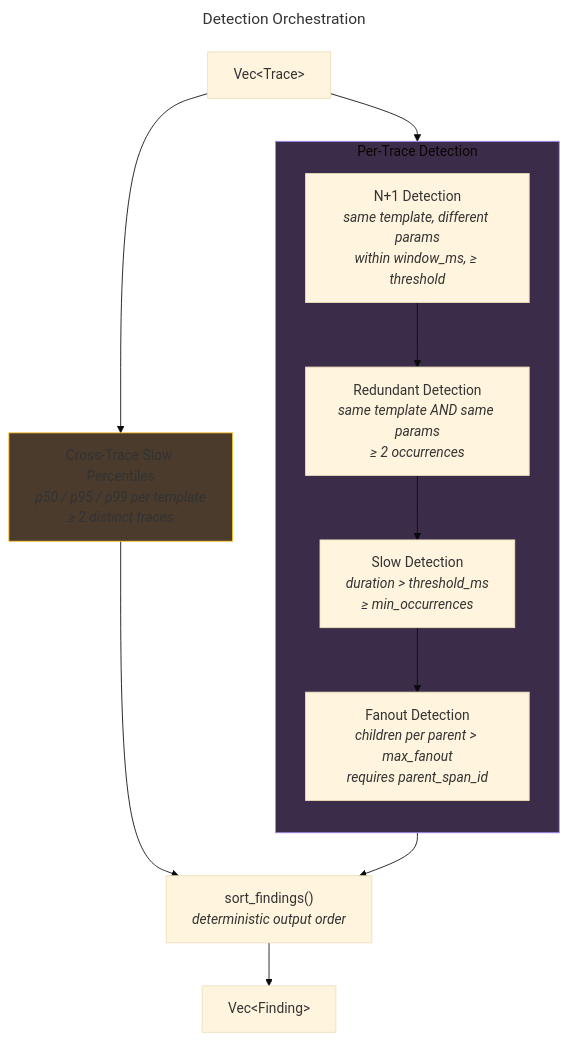
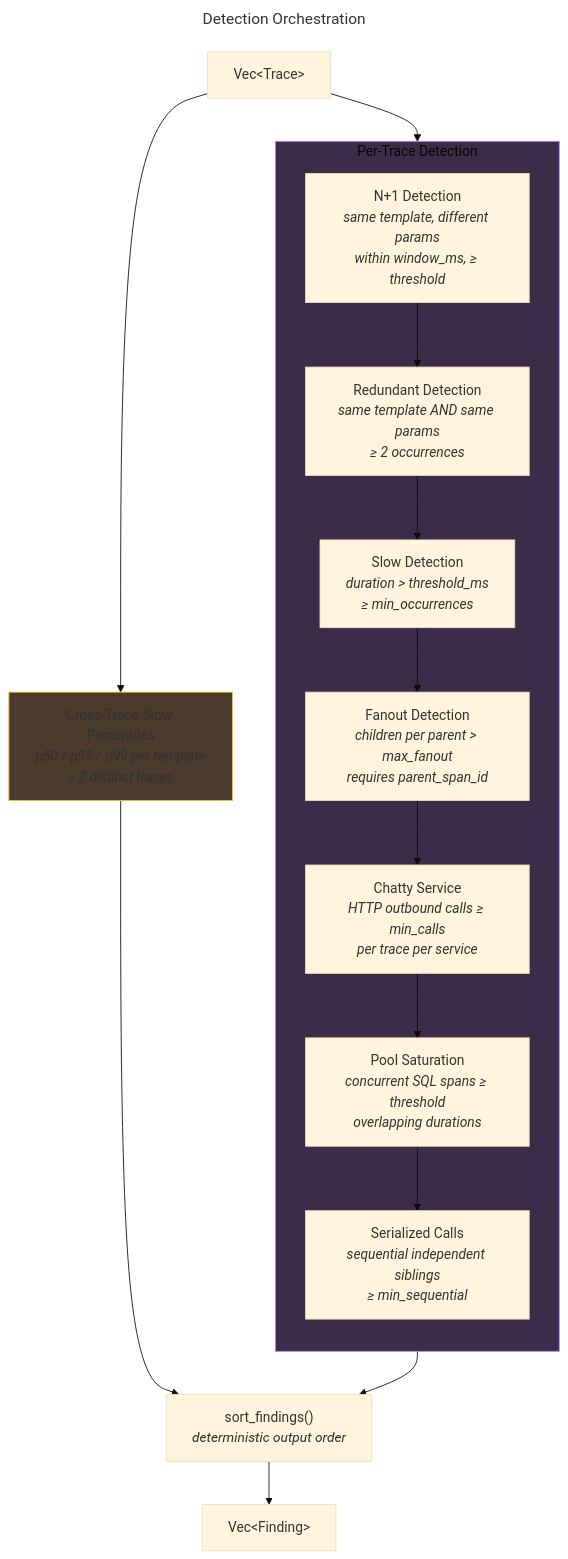
The diagram in docs/diagrams/mmd/detection.mmd (robintra/perf-sentinel), drawn with Mermaid (base theme) before and after one commit. The commit also changed 71 other files, not shown here.

```diff
--- a/docs/diagrams/mmd/detection.mmd
+++ b/docs/diagrams/mmd/detection.mmd
@@ -1,29 +1,32 @@
 ---
 title: Detection Orchestration
 ---
 flowchart TD
     traces["Vec&lt;Trace&gt;"]
 
     subgraph pertrace["Per-Trace Detection"]
         direction TB
         npo["N+1 Detection<br/><i>same template, different params<br/>within window_ms, &ge; threshold</i>"]
         red["Redundant Detection<br/><i>same template AND same params<br/>&ge; 2 occurrences</i>"]
         slow["Slow Detection<br/><i>duration &gt; threshold_ms<br/>&ge; min_occurrences</i>"]
         fan["Fanout Detection<br/><i>children per parent &gt; max_fanout<br/>requires parent_span_id</i>"]
-        npo --> red --> slow --> fan
+        chatty["Chatty Service<br/><i>HTTP outbound calls &ge; min_calls<br/>per trace per service</i>"]
+        pool["Pool Saturation<br/><i>concurrent SQL spans &ge; threshold<br/>overlapping durations</i>"]
+        serial["Serialized Calls<br/><i>sequential independent siblings<br/>&ge; min_sequential</i>"]
+        npo --> red --> slow --> fan --> chatty --> pool --> serial
     end
 
     cross["Cross-Trace Slow Percentiles<br/><i>p50 / p95 / p99 per template<br/>&ge; 2 distinct traces</i>"]
 
     sort["sort_findings()<br/><i>deterministic output order</i>"]
 
     findings["Vec&lt;Finding&gt;"]
 
     traces --> pertrace
     traces --> cross
     pertrace --> sort
     cross --> sort
     sort --> findings
 
     style pertrace fill:#3b2d4a,stroke:#a78bfa
     style cross fill:#4a3b2d,stroke:#fbbf24
```
